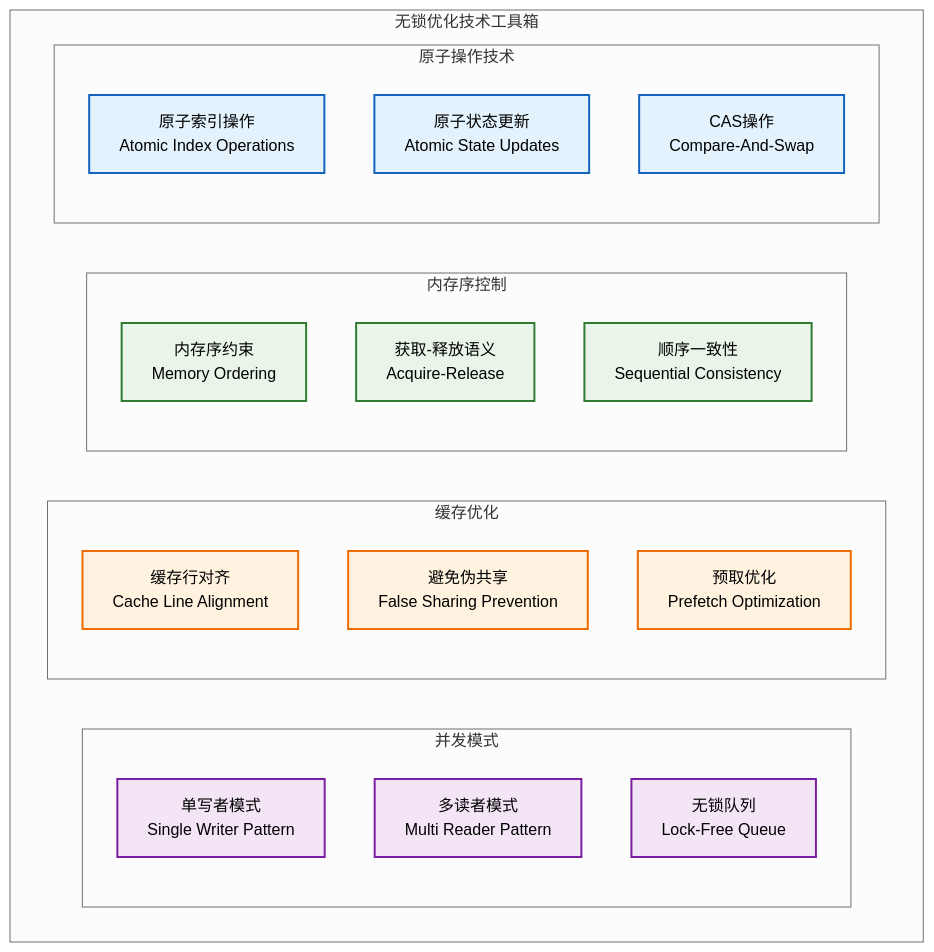
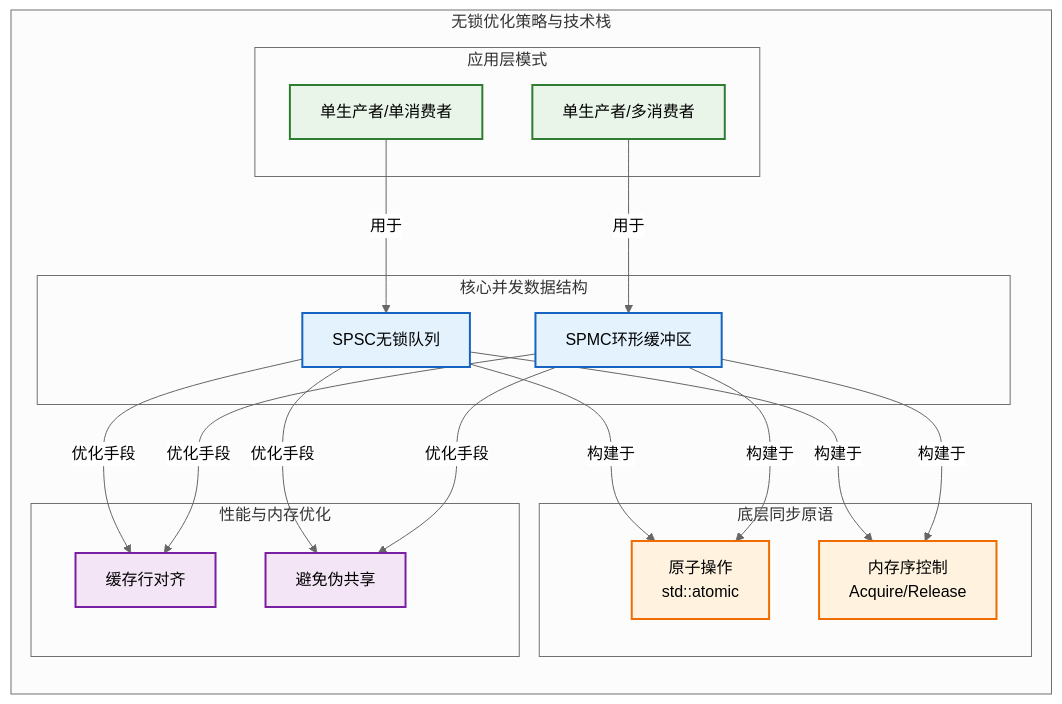
One commit to wendizhou99-cell/Radar changed the tenth of 10 diagrams in docs/01_项目设计/02_模块设计/01_数据接收模块设计.md. Above: the diagram before and after it, drawn with Mermaid (neutral theme). The commit also changed other lines of this file and 7 other files, not shown here.

````diff
--- a/docs/01_项目设计/02_模块设计/01_数据接收模块设计.md
+++ b/docs/01_项目设计/02_模块设计/01_数据接收模块设计.md
@@ -524,39 +619,41 @@
 ```mermaid
 graph TB
-    subgraph "无锁优化技术工具箱"
+    subgraph "无锁优化策略与技术栈"
+        direction TB
 
-        subgraph "并发模式"
-            SINGLE_WRITER[单写者模式<br/>Single Writer Pattern]
-            MULTI_READER[多读者模式<br/>Multi Reader Pattern]
-            LOCKFREE_QUEUE[无锁队列<br/>Lock-Free Queue]
+        subgraph "核心并发数据结构"
+            A1[SPSC无锁队列]
+            A2[SPMC环形缓冲区]
         end
 
-        subgraph "缓存优化"
-            CACHE_ALIGN[缓存行对齐<br/>Cache Line Alignment]
-            FALSE_SHARING_AVOID[避免伪共享<br/>False Sharing Prevention]
-            PREFETCH_OPT[预取优化<br/>Prefetch Optimization]
+        subgraph "应用层模式"
+            B1[单生产者/单消费者]
+            B2[单生产者/多消费者]
         end
 
-        subgraph "内存序控制"
-            MEMORY_ORDER[内存序约束<br/>Memory Ordering]
-            ACQUIRE_RELEASE[获取-释放语义<br/>Acquire-Release]
-            SEQ_CONSISTENT[顺序一致性<br/>Sequential Consistency]
+        subgraph "底层同步原语"
+            C1[原子操作<br/>std::atomic]
+            C2[内存序控制<br/>Acquire/Release]
         end
 
-        subgraph "原子操作技术"
-            ATOMIC_INDEX[原子索引操作<br/>Atomic Index Operations]
-            ATOMIC_STATE[原子状态更新<br/>Atomic State Updates]
-            CAS_OPERATIONS[CAS操作<br/>Compare-And-Swap]
+        subgraph "性能与内存优化"
+            D1[缓存行对齐]
+            D2[避免伪共享]
         end
+
+        B1 -- "用于" --> A1
+        B2 -- "用于" --> A2
+        A1 & A2 -- "构建于" --> C1 & C2
+        A1 & A2 -- "优化手段" --> D1 & D2
     end
 
-    classDef atomic fill:#e3f2fd,stroke:#1565c0,stroke-width:2px
-    classDef memory fill:#e8f5e8,stroke:#2e7d32,stroke-width:2px
-    classDef cache fill:#fff3e0,stroke:#ef6c00,stroke-width:2px
-    classDef pattern fill:#f3e5f5,stroke:#7b1fa2,stroke-width:2px
+    classDef coreStruct fill:#e3f2fd,stroke:#1565c0,stroke-width:2px
+    classDef appPattern fill:#e8f5e8,stroke:#2e7d32,stroke-width:2px
+    classDef syncPrimitive fill:#fff3e0,stroke:#ef6c00,stroke-width:2px
+    classDef perfOptim fill:#f3e5f5,stroke:#7b1fa2,stroke-width:2px
 
-    class ATOMIC_INDEX,ATOMIC_STATE,CAS_OPERATIONS atomic
-    class MEMORY_ORDER,ACQUIRE_RELEASE,SEQ_CONSISTENT memory
-    class CACHE_ALIGN,FALSE_SHARING_AVOID,PREFETCH_OPT cache
-    class SINGLE_WRITER,MULTI_READER,LOCKFREE_QUEUE pattern
+    class A1,A2 coreStruct
+    class B1,B2 appPattern
+    class C1,C2 syncPrimitive
+    class D1,D2 perfOptim
 ```
````
